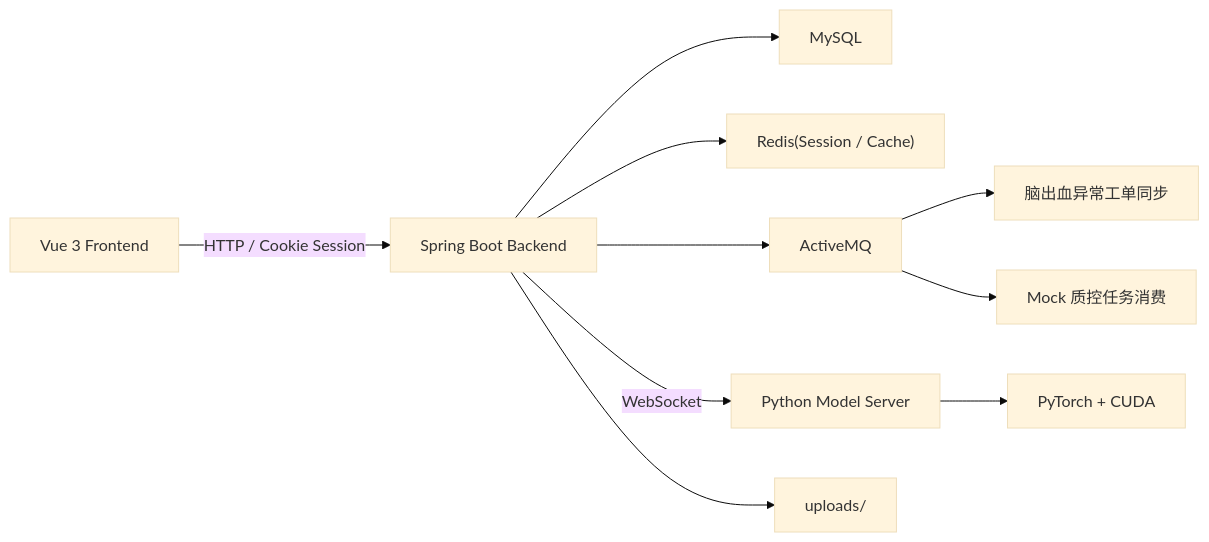
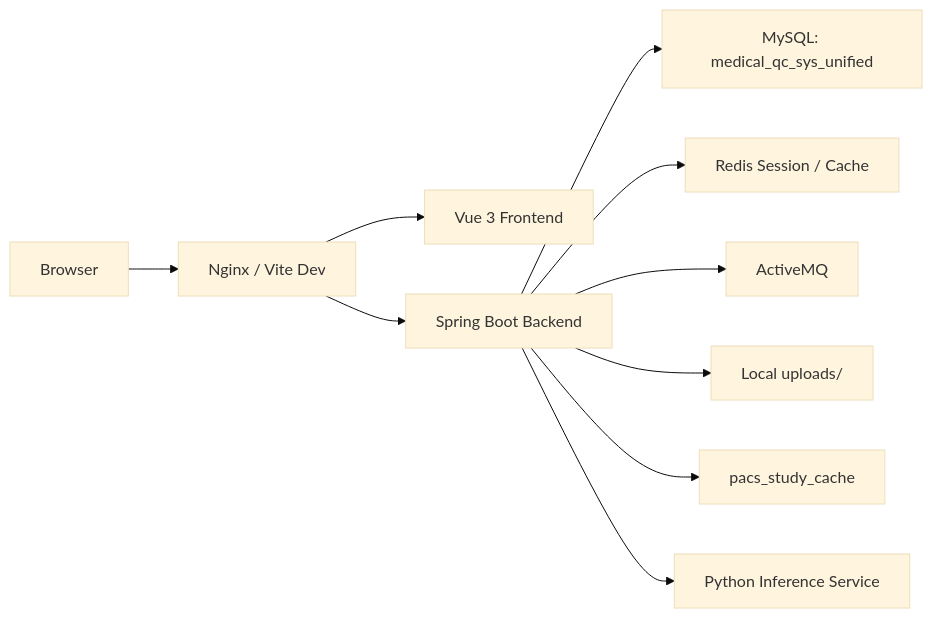
The diagram in README.md (X-yhhh/Medical-qc-SpringBoot), drawn with Mermaid (base theme) before and after one commit. The commit also changed other lines of this file and 283 other files, not shown here.

Commit message:
feat: finalize unified architecture migration

````diff
--- a/README.md
+++ b/README.md
@@ -40,12 +7,12 @@
 ```mermaid
 flowchart LR
-  A["Vue 3 Frontend"] -->|HTTP / Cookie Session| B["Spring Boot Backend"]
-  B --> C["MySQL"]
-  B --> D["Redis(Session / Cache)"]
-  B --> E["ActiveMQ"]
-  B -->|WebSocket| F["Python Model Server"]
-  F --> G["PyTorch + CUDA"]
-  B --> H["uploads/"]
-  E --> I["脑出血异常工单同步"]
-  E --> J["Mock 质控任务消费"]
+  Browser["Browser"] --> Nginx["Nginx / Vite Dev"]
+  Nginx --> Frontend["Vue 3 Frontend"]
+  Nginx --> Backend["Spring Boot Backend"]
+  Backend --> MySQL["MySQL: medical_qc_sys_unified"]
+  Backend --> Redis["Redis Session / Cache"]
+  Backend --> ActiveMQ["ActiveMQ"]
+  Backend --> Uploads["Local uploads/"]
+  Backend --> PACS["pacs_study_cache"]
+  Backend --> Python["Python Inference Service"]
 ```
````
